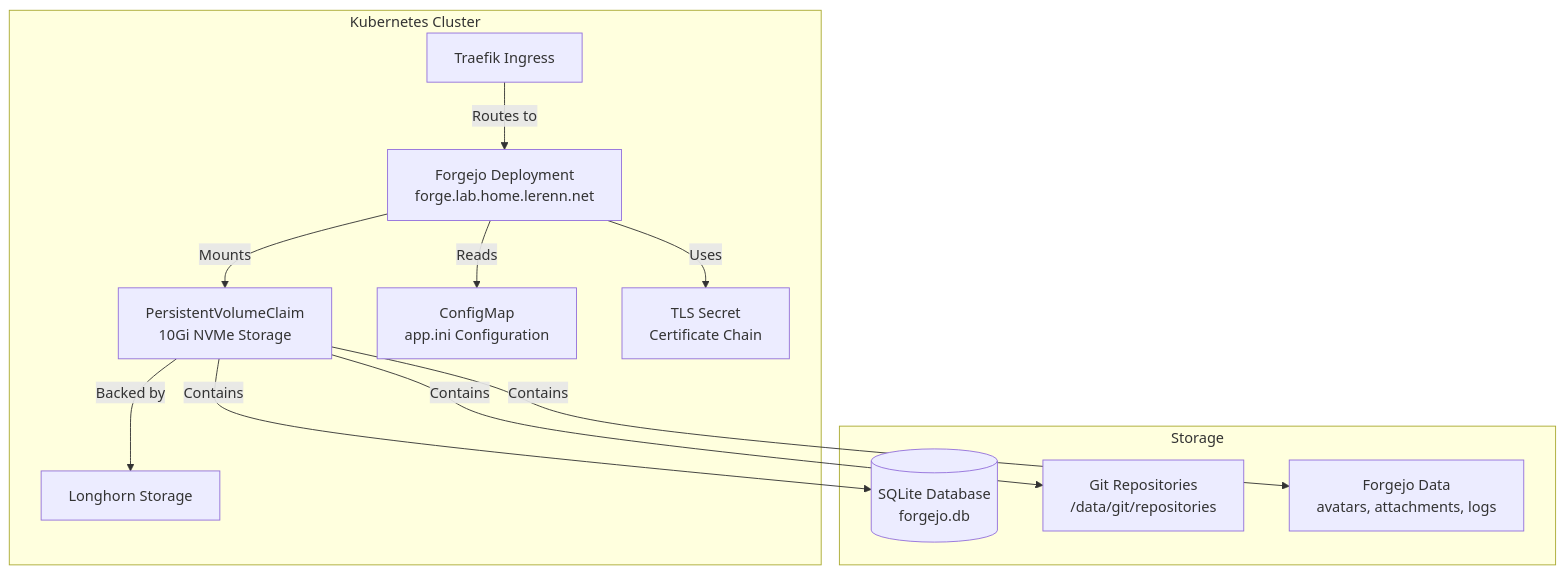
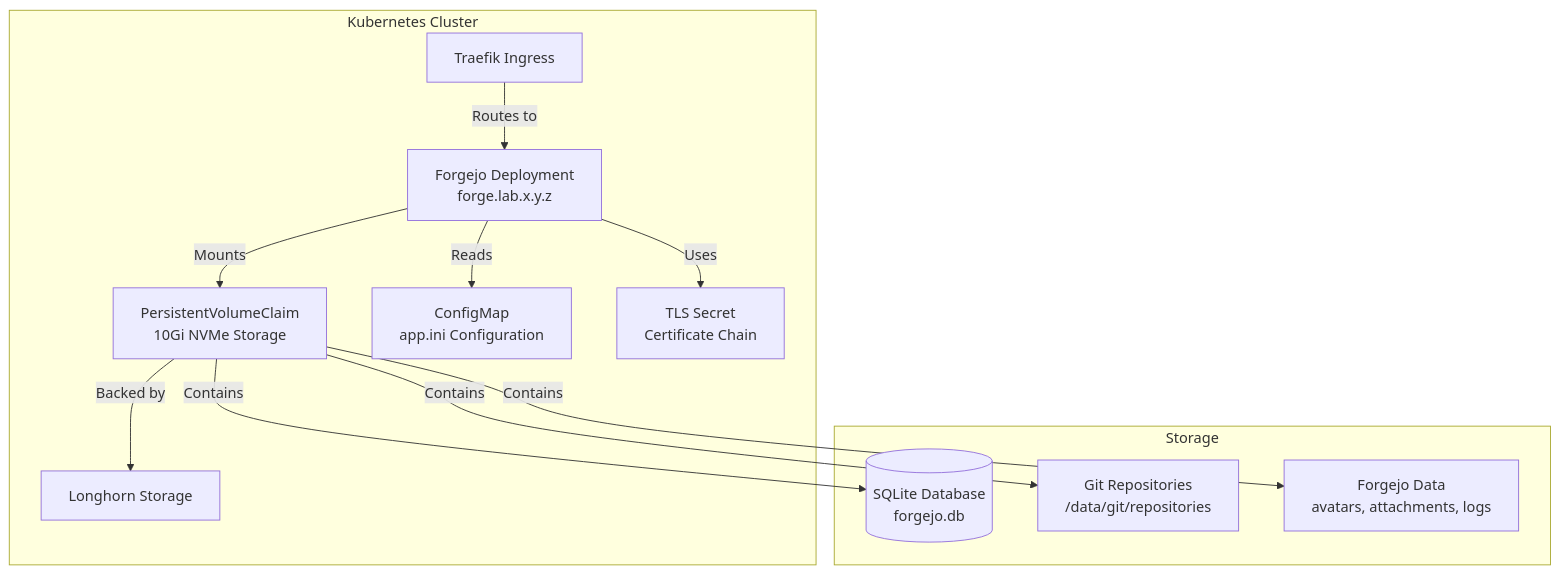
Before and after one commit to lerenn/blog: the diagram in content/posts/homelab-forge/index.md, drawn with Mermaid. The commit also changed other lines of this file, not shown here.

````diff
--- a/content/posts/homelab-forge/index.md
+++ b/content/posts/homelab-forge/index.md
@@ -40,26 +40,26 @@
 ```mermaid
 graph TB
     subgraph "Kubernetes Cluster"
-        Forgejo[Forgejo Deployment<br/>forge.lab.home.lerenn.net]
+        Forgejo[Forgejo Deployment<br/>forge.lab.x.y.z]
         PVC[PersistentVolumeClaim<br/>10Gi NVMe Storage]
         ConfigMap[ConfigMap<br/>app.ini Configuration]
         TLSSecret[TLS Secret<br/>Certificate Chain]
         Traefik[Traefik Ingress]
         Longhorn[Longhorn Storage]
     end
     
     subgraph "Storage"
         SQLite[(SQLite Database<br/>forgejo.db)]
         Repos[Git Repositories<br/>/data/git/repositories]
         Data[Forgejo Data<br/>avatars, attachments, logs]
     end
     
     Forgejo -->|Mounts| PVC
     PVC -->|Backed by| Longhorn
     Forgejo -->|Reads| ConfigMap
     Forgejo -->|Uses| TLSSecret
     Traefik -->|Routes to| Forgejo
     PVC -->|Contains| SQLite
     PVC -->|Contains| Repos
     PVC -->|Contains| Data
 ```
````
